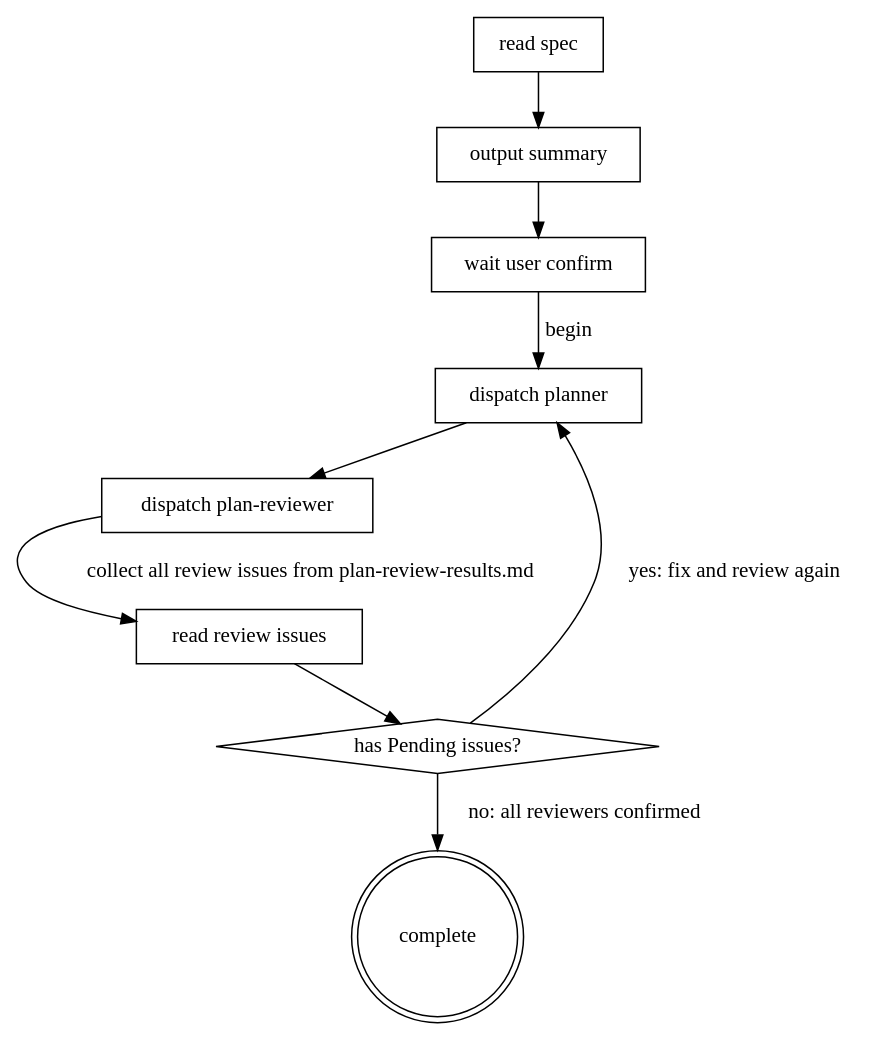
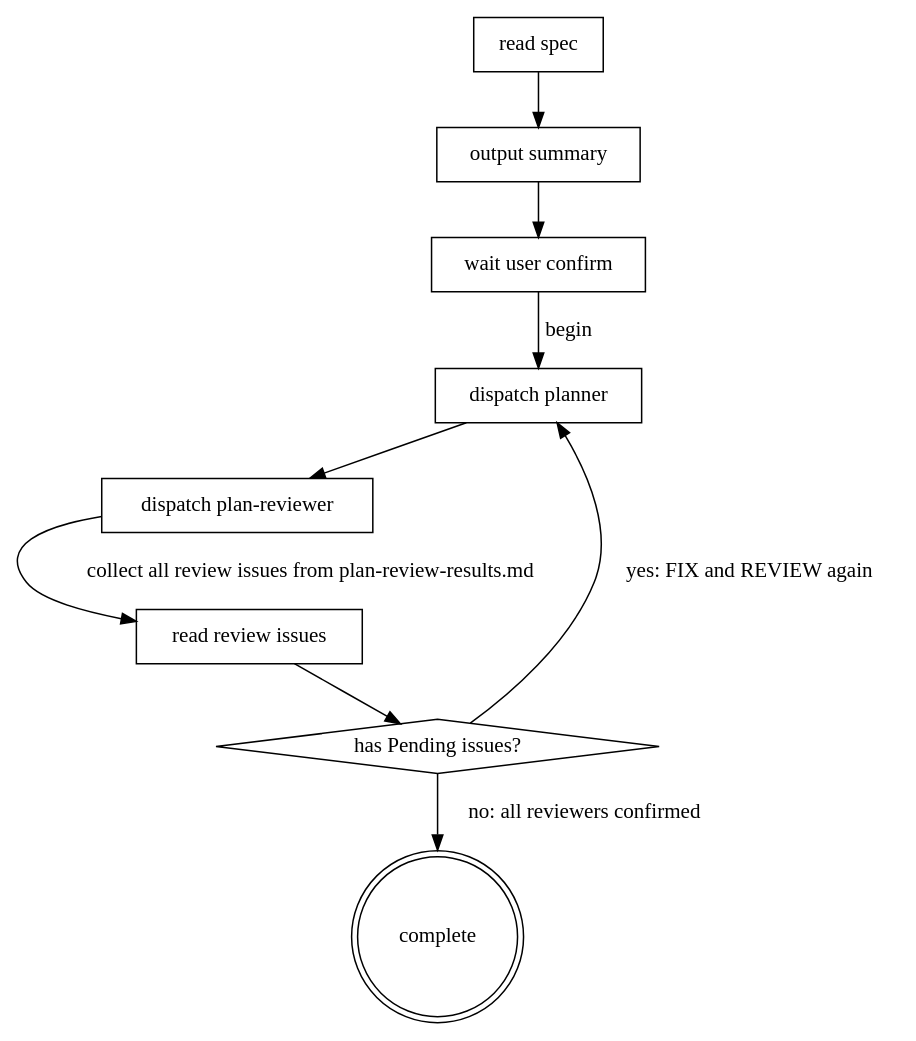
One commit to abadcafe/superteam changed the diagram in skills/planning/SKILL.md. Above: the diagram before and after it, drawn with Graphviz. The commit also changed 4 other files, not shown here.

````diff
--- a/skills/planning/SKILL.md
+++ b/skills/planning/SKILL.md
@@ -40,21 +40,21 @@
 ```dot
 digraph planning_flow {
   "read spec" [shape=box]
   "output summary" [shape=box]
   "wait user confirm" [shape=box]
   "dispatch planner" [shape=box]
   "dispatch plan-reviewer" [shape=box]
   "read review issues" [shape=box]
   "has Pending issues?" [shape=diamond]
   "complete" [shape=doublecircle]
 
   "read spec" -> "output summary"
   "output summary" -> "wait user confirm"
   "wait user confirm" -> "dispatch planner" [label="begin"]
   "dispatch planner" -> "dispatch plan-reviewer"
   "dispatch plan-reviewer" -> "read review issues" [label="collect all review issues from plan-review-results.md"]
   "read review issues" -> "has Pending issues?"
-  "has Pending issues?" -> "dispatch planner" [label="yes: fix and review again"]
+  "has Pending issues?" -> "dispatch planner" [label="yes: FIX and REVIEW again"]
   "has Pending issues?" -> "complete" [label="no: all reviewers confirmed"]
 }
 ```
````
